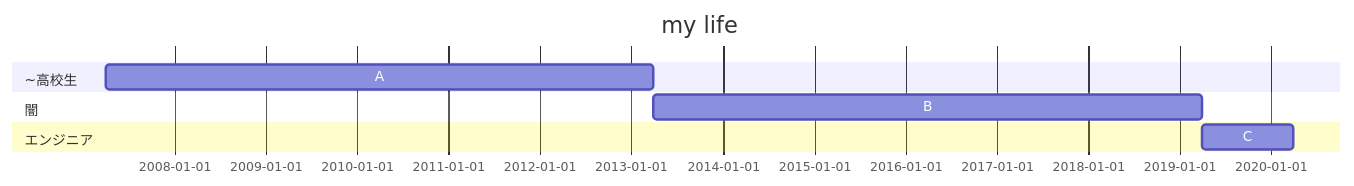
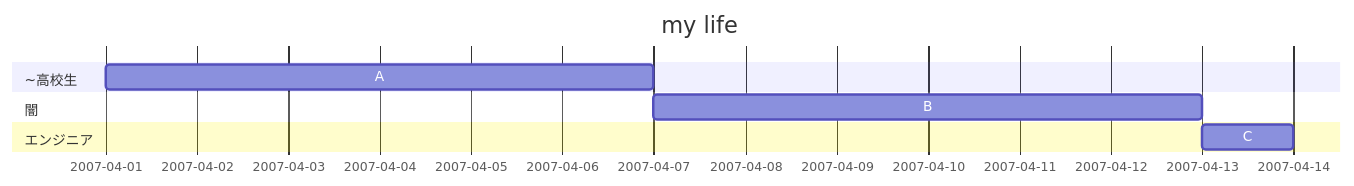
One commit to cocococoa/cocococoa.github.io changed the third of 3 diagrams in _posts/2020-05-17-first-post.md. Above: the diagram before and after it, drawn with Mermaid.

Commit message:
fix gantt chart

````diff
--- a/_posts/2020-05-17-first-post.md
+++ b/_posts/2020-05-17-first-post.md
@@ -64,14 +64,14 @@
 ```mermaid
 gantt
     title my life
     dateFormat YYYY-MM-DD
 
     section ~高校生
-    A       :a1 ,2007-04-01 ,6y
+    A       :a1 ,2007-04-01 ,6d
 
     section 闇
-    B       :b1 ,after a1 ,6y
+    B       :b1 ,after a1 ,6d
 
     section エンジニア
-    C       :c1 ,after b1 ,1y
+    C       :c1 ,after b1 ,1d
 ```
````
